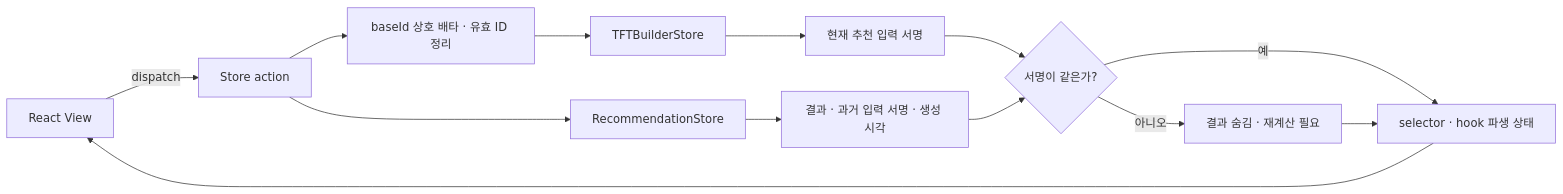
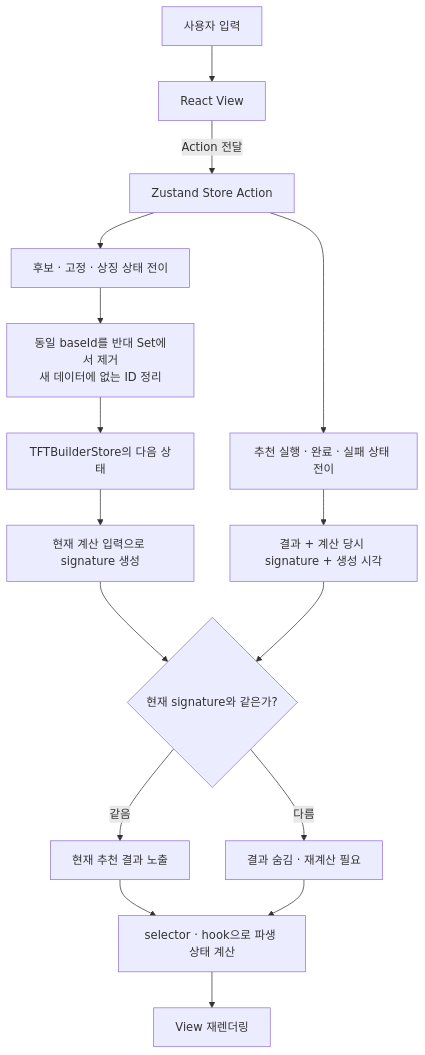
Before and after one commit to kimdol/my-tft-app: the third of 6 diagrams in vite-project/src/features/README.md, drawn with Mermaid. The commit also changed other lines of this file, not shown here.

````diff
--- a/vite-project/src/features/README.md
+++ b/vite-project/src/features/README.md
@@ -107,15 +103,18 @@
 ```mermaid
-flowchart LR
-    View["React View"] -->|dispatch| Action["Store action"]
-    Action --> Invariant["baseId 상호 배타 · 유효 ID 정리"]
-    Invariant --> BuilderStore["TFTBuilderStore"]
-    Action --> RecommendationStore["RecommendationStore"]
-    BuilderStore --> Signature["현재 추천 입력 서명"]
-    RecommendationStore --> Snapshot["결과 · 과거 입력 서명 · 생성 시각"]
-    Signature --> Compare{"서명이 같은가?"}
+flowchart TB
+    User["사용자 입력"] --> View["React View"]
+    View -->|Action 전달| Action["Zustand Store Action"]
+    Action --> BuilderAction["후보 · 고정 · 상징 상태 전이"]
+    Action --> RecommendationAction["추천 실행 · 완료 · 실패 상태 전이"]
+    BuilderAction --> Invariant["동일 baseId를 반대 Set에서 제거<br/>새 데이터에 없는 ID 정리"]
+    Invariant --> BuilderStore["TFTBuilderStore의 다음 상태"]
+    BuilderStore --> Signature["현재 계산 입력으로 signature 생성"]
+    RecommendationAction --> Snapshot["결과 + 계산 당시 signature + 생성 시각"]
+    Signature --> Compare{"현재 signature와 같은가?"}
     Snapshot --> Compare
-    Compare -->|예| Derived["selector · hook 파생 상태"]
-    Compare -->|아니오| Invalidate["결과 숨김 · 재계산 필요"]
-    Invalidate --> Derived
-    Derived --> View
+    Compare -->|같음| Current["현재 추천 결과 노출"]
+    Compare -->|다름| Stale["결과 숨김 · 재계산 필요"]
+    Current --> Selector["selector · hook으로 파생 상태 계산"]
+    Stale --> Selector
+    Selector --> Render["View 재렌더링"]
 ```
````
